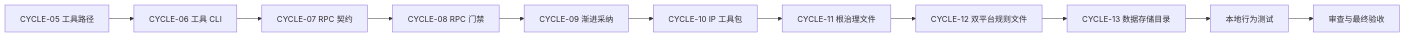
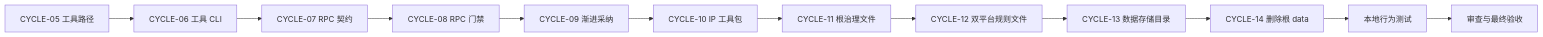
Before and after one commit to luode0320/luode-skills: the first of 3 diagrams in doc/3-实施/2026-07-28_014412_代码位置目录规则V2_实施总览.md, drawn with Mermaid. The commit also changed other lines of this file and 2 other files, not shown here.

````diff
--- a/doc/3-实施/2026-07-28_014412_代码位置目录规则V2_实施总览.md
+++ b/doc/3-实施/2026-07-28_014412_代码位置目录规则V2_实施总览.md
@@ -95,13 +96,14 @@
 ```mermaid
 flowchart LR
     A[CYCLE-05 工具路径] --> B[CYCLE-06 工具 CLI]
     B --> C[CYCLE-07 RPC 契约]
     C --> D[CYCLE-08 RPC 门禁]
     D --> E[CYCLE-09 渐进采纳]
     E --> F[CYCLE-10 IP 工具包]
     F --> G[CYCLE-11 根治理文件]
     G --> H[CYCLE-12 双平台规则文件]
     H --> I[CYCLE-13 数据存储目录]
-    I --> J[本地行为测试]
-    J --> K[审查与最终验收]
+    I --> J[CYCLE-14 删除根 data]
+    J --> K[本地行为测试]
+    K --> L[审查与最终验收]
 ```
````
